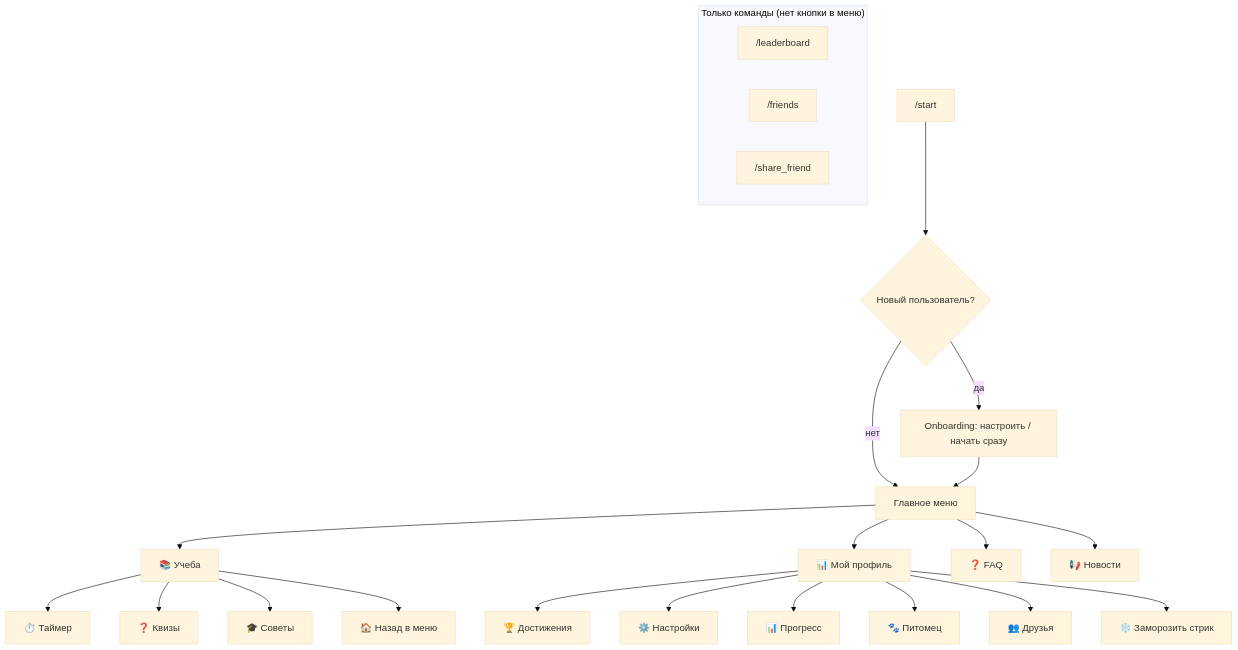
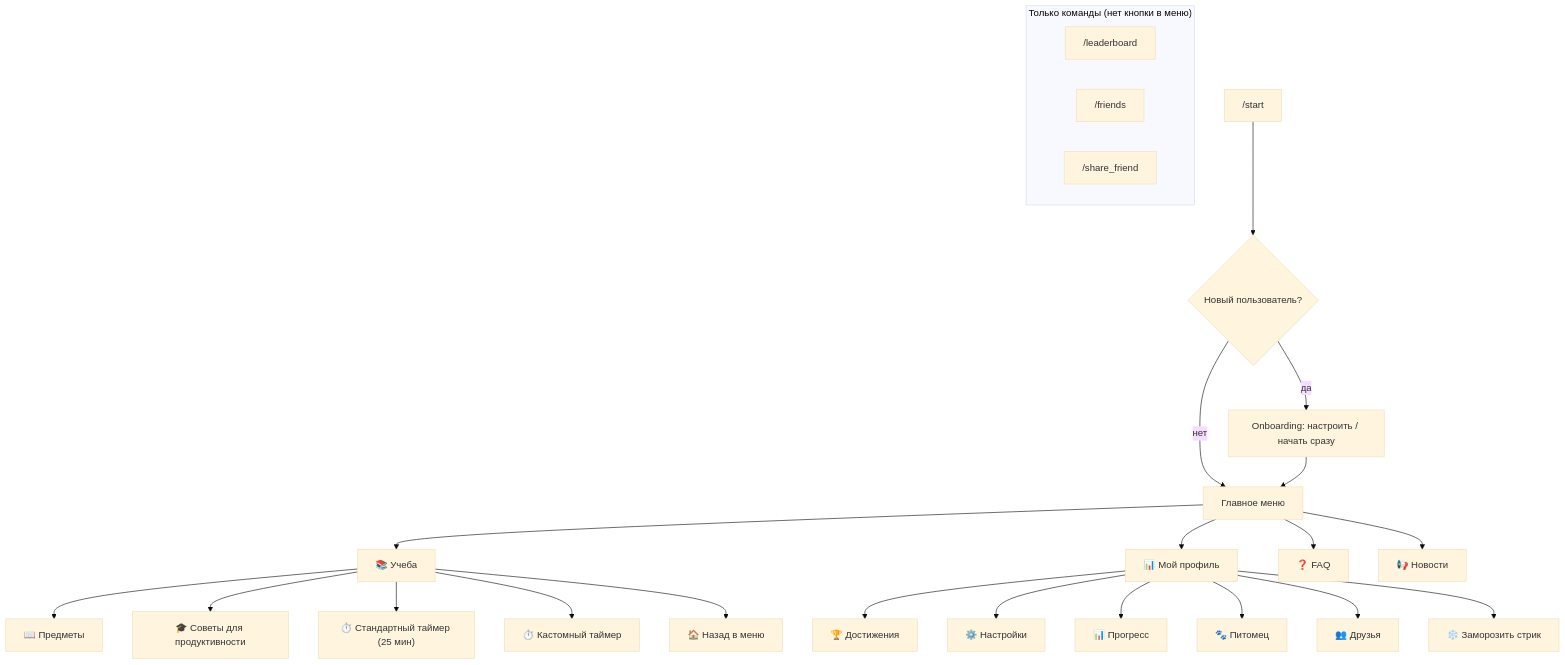
One commit to zerocious/Palph changed the first of 9 diagrams in user-flows.md. Above: the diagram before and after it, drawn with Mermaid (base theme). The commit also changed other lines of this file and 54 other files, not shown here.

````diff
--- a/user-flows.md
+++ b/user-flows.md
@@ -26,30 +26,31 @@
 ```mermaid
 flowchart TB
     START["/start"] --> ONB{Новый пользователь?}
     ONB -->|да| SETUP["Onboarding: настроить / начать сразу"]
     ONB -->|нет| MAIN["Главное меню"]
     SETUP --> MAIN
 
     MAIN --> STUDY["📚 Учеба"]
     MAIN --> PROFILE["📊 Мой профиль"]
     MAIN --> FAQ["❓ FAQ"]
     MAIN --> NEWS["📢 Новости"]
 
-    STUDY --> TIMER["⏱️ Таймер"]
-    STUDY --> QUIZ["❓ Квизы"]
-    STUDY --> TIPS["🎓 Советы"]
+    STUDY --> SUBJECTS["📖 Предметы"]
+    STUDY --> TIPS["🎓 Советы для продуктивности"]
+    STUDY --> TIMER_STD["⏱️ Стандартный таймер (25 мин)"]
+    STUDY --> TIMER_CUSTOM["⏱️ Кастомный таймер"]
     STUDY --> BACK["🏠 Назад в меню"]
 
     PROFILE --> ACH["🏆 Достижения"]
     PROFILE --> SET["⚙️ Настройки"]
     PROFILE --> PROG["📊 Прогресс"]
     PROFILE --> PET["🐾 Питомец"]
     PROFILE --> FR["👥 Друзья"]
     PROFILE --> FRZ["❄️ Заморозить стрик"]
 
     subgraph commands["Только команды (нет кнопки в меню)"]
         LB["/leaderboard"]
         FR_CMD["/friends"]
         SHARE["/share_friend"]
     end
 ```
````
